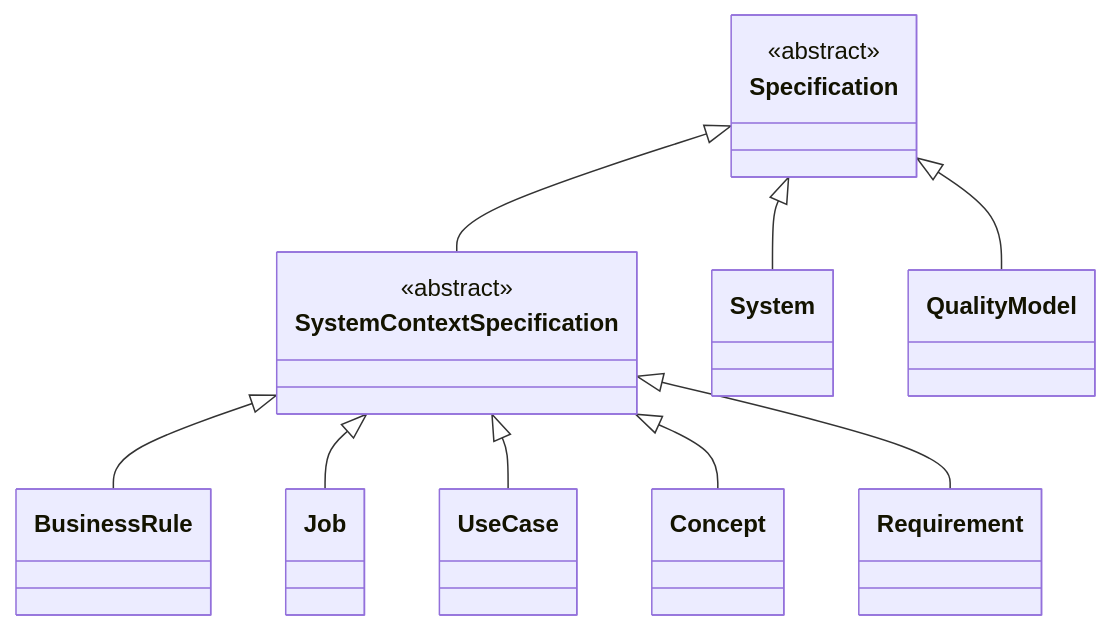
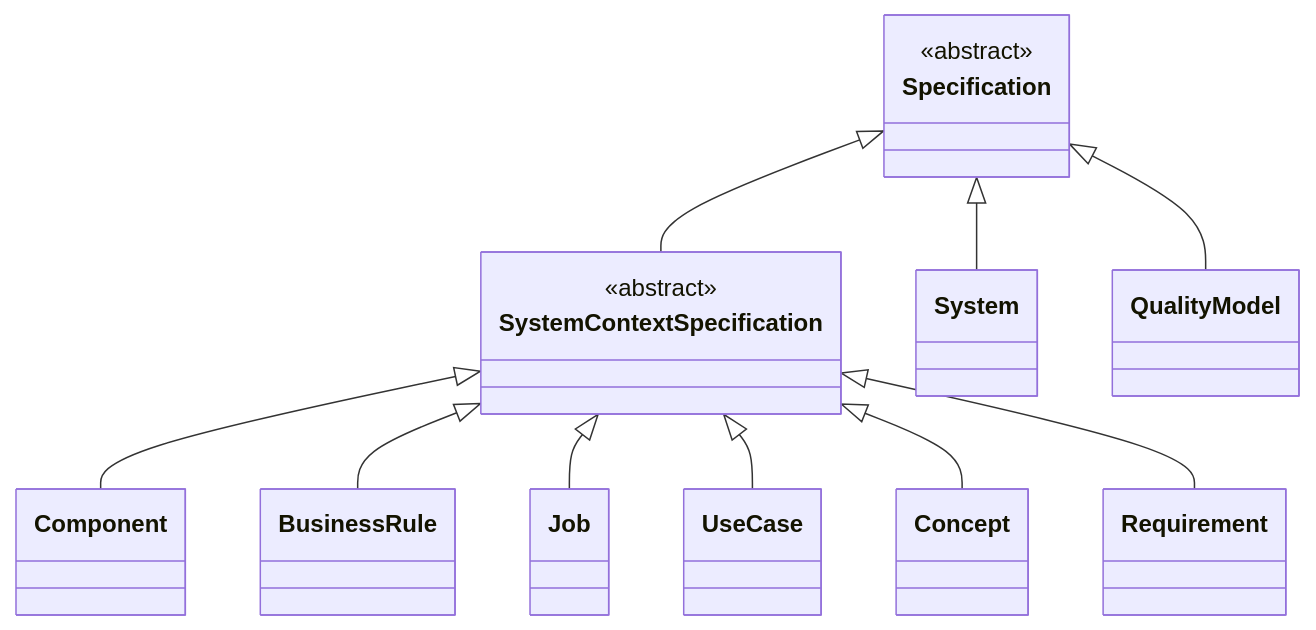
One commit to craigsmitham/dotspec changed the first of 18 diagrams in docs/reference/model/core.md. Above: the diagram before and after it, drawn with Mermaid. The commit also changed other lines of this file and 172 other files, not shown here.

````diff
--- a/docs/reference/model/core.md
+++ b/docs/reference/model/core.md
@@ -30,23 +30,25 @@
 ```mermaid
 classDiagram
     direction TB
     class Specification
     <<abstract>> Specification
     class SystemContextSpecification
     <<abstract>> SystemContextSpecification
     class System
+    class Component
     class QualityModel
     class BusinessRule
     class Job
     class UseCase
     class Concept
     class Requirement
     Specification <|-- SystemContextSpecification
     Specification <|-- System
+    SystemContextSpecification <|-- Component
     Specification <|-- QualityModel
     SystemContextSpecification <|-- BusinessRule
     SystemContextSpecification <|-- Job
     SystemContextSpecification <|-- UseCase
     SystemContextSpecification <|-- Concept
     SystemContextSpecification <|-- Requirement
 ```
````
